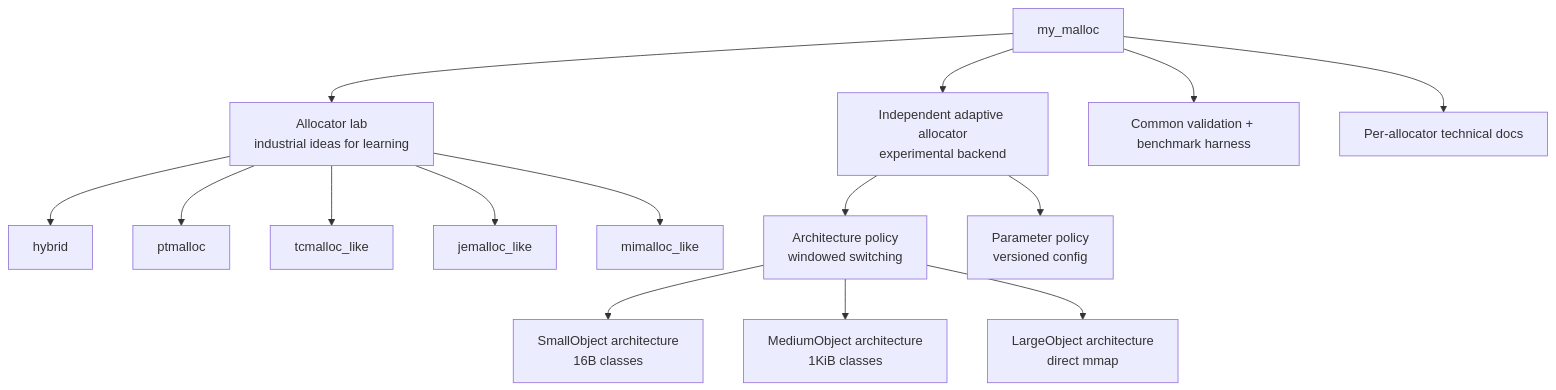
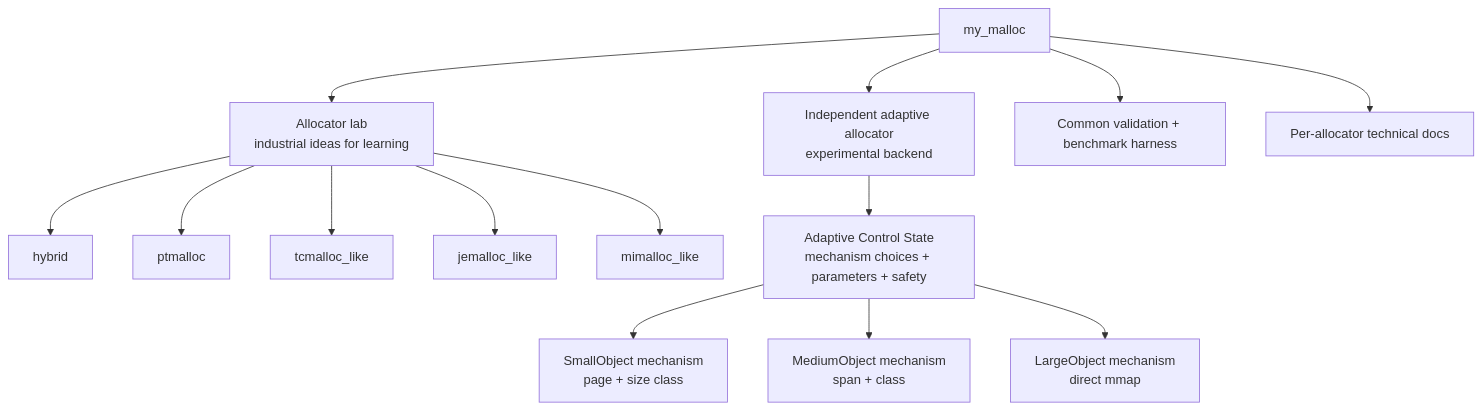
The diagram in README.md (sdsasf/my_malloc), drawn with Mermaid before and after one commit. The commit also changed other lines of this file and 8 other files, not shown here.

Commit message:
Clarify adaptive mechanism control

````diff
--- a/README.md
+++ b/README.md
@@ -41,25 +41,24 @@
 ```mermaid
 flowchart TB
     Project["my_malloc"]
     Lab["Allocator lab<br/>industrial ideas for learning"]
     Adaptive["Independent adaptive allocator<br/>experimental backend"]
     Harness["Common validation + benchmark harness"]
     Docs["Per-allocator technical docs"]
 
     Project --> Lab
     Project --> Adaptive
     Project --> Harness
     Project --> Docs
 
     Lab --> Hybrid["hybrid"]
     Lab --> PT["ptmalloc"]
     Lab --> TC["tcmalloc_like"]
     Lab --> JE["jemalloc_like"]
     Lab --> MI["mimalloc_like"]
 
-    Adaptive --> Arch["Architecture policy<br/>windowed switching"]
-    Adaptive --> Params["Parameter policy<br/>versioned config"]
-    Arch --> Small["SmallObject architecture<br/>16B classes"]
-    Arch --> Medium["MediumObject architecture<br/>1KiB classes"]
-    Arch --> Large["LargeObject architecture<br/>direct mmap"]
+    Adaptive --> Control["Adaptive Control State<br/>mechanism choices + parameters + safety"]
+    Control --> Small["SmallObject mechanism<br/>page + size class"]
+    Control --> Medium["MediumObject mechanism<br/>span + class"]
+    Control --> Large["LargeObject mechanism<br/>direct mmap"]
 ```
````
